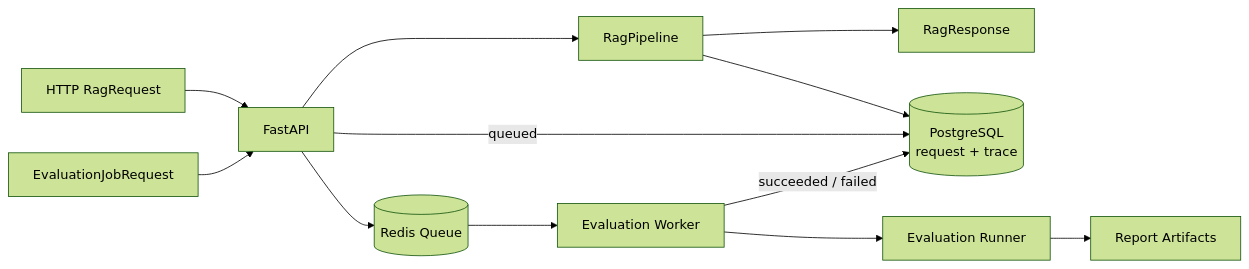
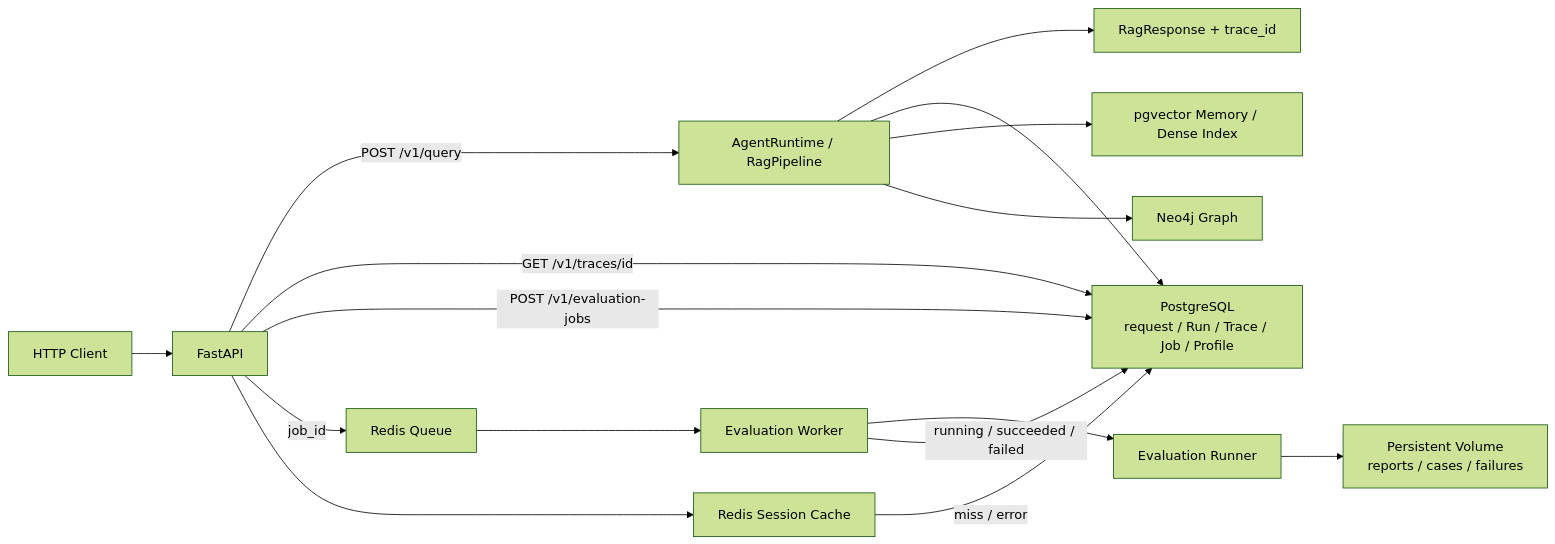
One commit to 1hao1hao/Agent_for_Job_Application changed the fourth of 4 diagrams in docs/overview/architecture_diagram.md. Above: the diagram before and after it, drawn with Mermaid (forest theme). The commit also changed other lines of this file and 23 other files, not shown here.

Commit message:
docs: refresh P1 architecture and public project guide

````diff
--- a/docs/overview/architecture_diagram.md
+++ b/docs/overview/architecture_diagram.md
@@ -80,15 +116,20 @@
 ```mermaid
 flowchart LR
-    HTTP[HTTP RagRequest] --> API[FastAPI]
-    API --> PIPE[RagPipeline]
-    PIPE --> RESP[RagResponse]
-    PIPE --> PG[(PostgreSQL\nrequest + trace)]
+    CLIENT["HTTP Client"] --> API["FastAPI"]
+    API -->|POST /v1/query| RUNTIME["AgentRuntime / RagPipeline"]
+    RUNTIME --> RESPONSE["RagResponse + trace_id"]
+    RUNTIME --> PG["PostgreSQL<br/>request / Run / Trace / Job / Profile"]
+    API -->|GET /v1/traces/id| PG
 
-    JOB[EvaluationJobRequest] --> API
-    API -->|queued| PG
-    API --> REDIS[(Redis Queue)]
-    REDIS --> WORKER[Evaluation Worker]
-    WORKER --> RUNNER[Evaluation Runner]
-    RUNNER --> ART[Report Artifacts]
-    WORKER -->|succeeded / failed| PG
+    API -->|POST /v1/evaluation-jobs| PG
+    API -->|job_id| REDIS["Redis Queue"]
+    REDIS --> WORKER["Evaluation Worker"]
+    WORKER --> ERUN["Evaluation Runner"]
+    ERUN --> FILES["Persistent Volume<br/>reports / cases / failures"]
+    WORKER -->|running / succeeded / failed| PG
+
+    API --> CACHE["Redis Session Cache"]
+    CACHE -->|miss / error| PG
+    RUNTIME --> PGV["pgvector Memory / Dense Index"]
+    RUNTIME --> NEO["Neo4j Graph"]
 ```
````
